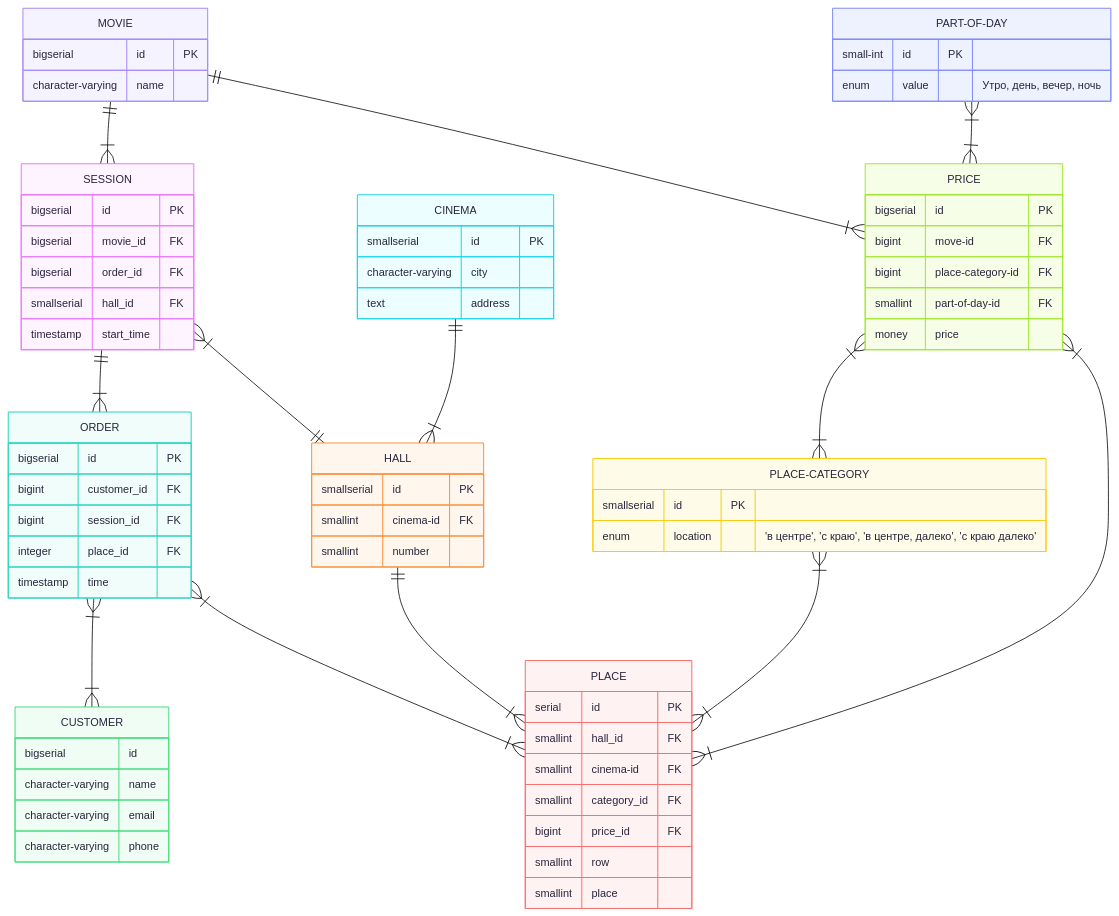
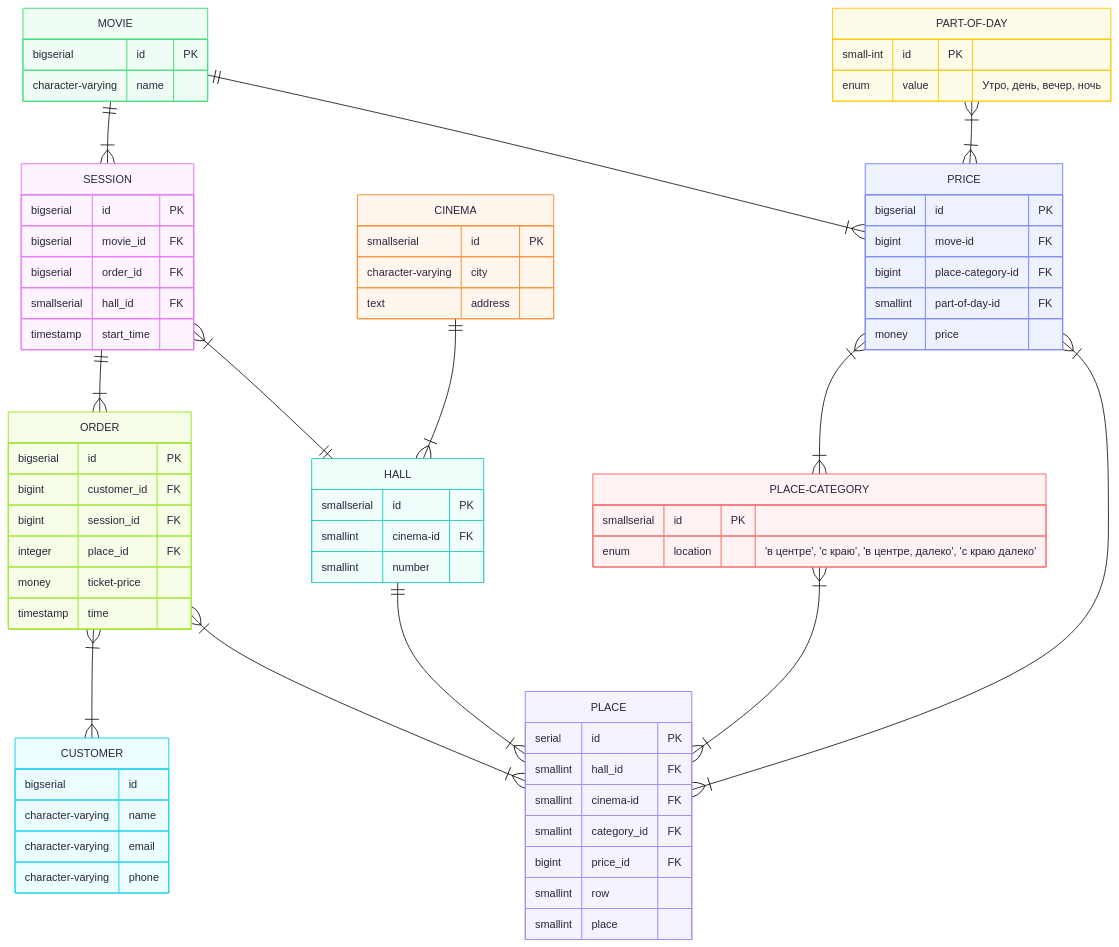
One commit to otusteamedu/PHP_2025 changed the diagram in cinema.mmd. Above: the diagram before and after it, drawn with Mermaid. The commit also changed 1 other file, not shown here.

Commit message:
feat(database schema): Added ticket-price in order table

```diff
--- a/cinema.mmd
+++ b/cinema.mmd
@@ -1,87 +1,88 @@
 ---
 config:
   theme: redux-color
   layout: dagre
 ---
 erDiagram
 	direction TB
 	SESSION {
 		bigserial id PK ""
 		bigserial movie_id FK ""
 		bigserial order_id FK ""
 		smallserial hall_id FK ""
 		timestamp start_time  ""
-	}
-
-	ORDER {
-		bigserial id PK ""
-		bigint customer_id FK ""
-		bigint session_id FK ""
-		integer place_id FK ""
-		timestamp time  ""
 	}
 
 	HALL {
 		smallserial id PK ""
 		smallint cinema-id FK ""
 		smallint number  ""
 	}
 
 	CINEMA {
 		smallserial id PK ""
 		character-varying city  ""
 		text address  ""
 	}
 
 	CUSTOMER {
 		bigserial id  ""
 		character-varying name  ""
 		character-varying email  ""
 		character-varying phone  ""
 	}
 
 	MOVIE {
 		bigserial id PK ""
 		character-varying name  ""
 	}
 
 	PLACE {
 		serial id PK ""
 		smallint hall_id FK ""
 		smallint cinema-id FK ""
 		smallint category_id FK ""
 		bigint price_id FK ""
 		smallint row  ""
 		smallint place  ""
 	}
 
 	PLACE-CATEGORY {
 		smallserial id PK ""
 		enum location  "'в центре', 'с краю', 'в центре, далеко', 'с краю далеко'"
 	}
 
 	PART-OF-DAY {
 		small-int id PK ""
 		enum value  "Утро, день, вечер, ночь"
 	}
 
 	PRICE {
 		bigserial id PK ""
 		bigint move-id FK ""
 		bigint place-category-id FK ""
 		smallint part-of-day-id FK ""
 		money price  ""
 	}
 
+	ORDER {
+		bigserial id PK ""
+		bigint customer_id FK ""
+		bigint session_id FK ""
+		integer place_id FK ""
+		money ticket-price  ""
+		timestamp time  ""
+	}
+
 	PLACE-CATEGORY}|--|{PLACE:"  "
 	HALL||--|{PLACE:"  "
 	ORDER}|--|{CUSTOMER:"  "
 	SESSION||--|{ORDER:"  "
 	MOVIE||--|{SESSION:"  "
 	SESSION}|--||HALL:"  "
 	ORDER}|--|{PLACE:"  "
 	CINEMA||--|{HALL:"  "
 	PRICE}|--|{PLACE-CATEGORY:"  "
 	PRICE}|--|{PLACE:"  "
 	PART-OF-DAY}|--|{PRICE:"  "
 	MOVIE||--|{PRICE:"  "
```
